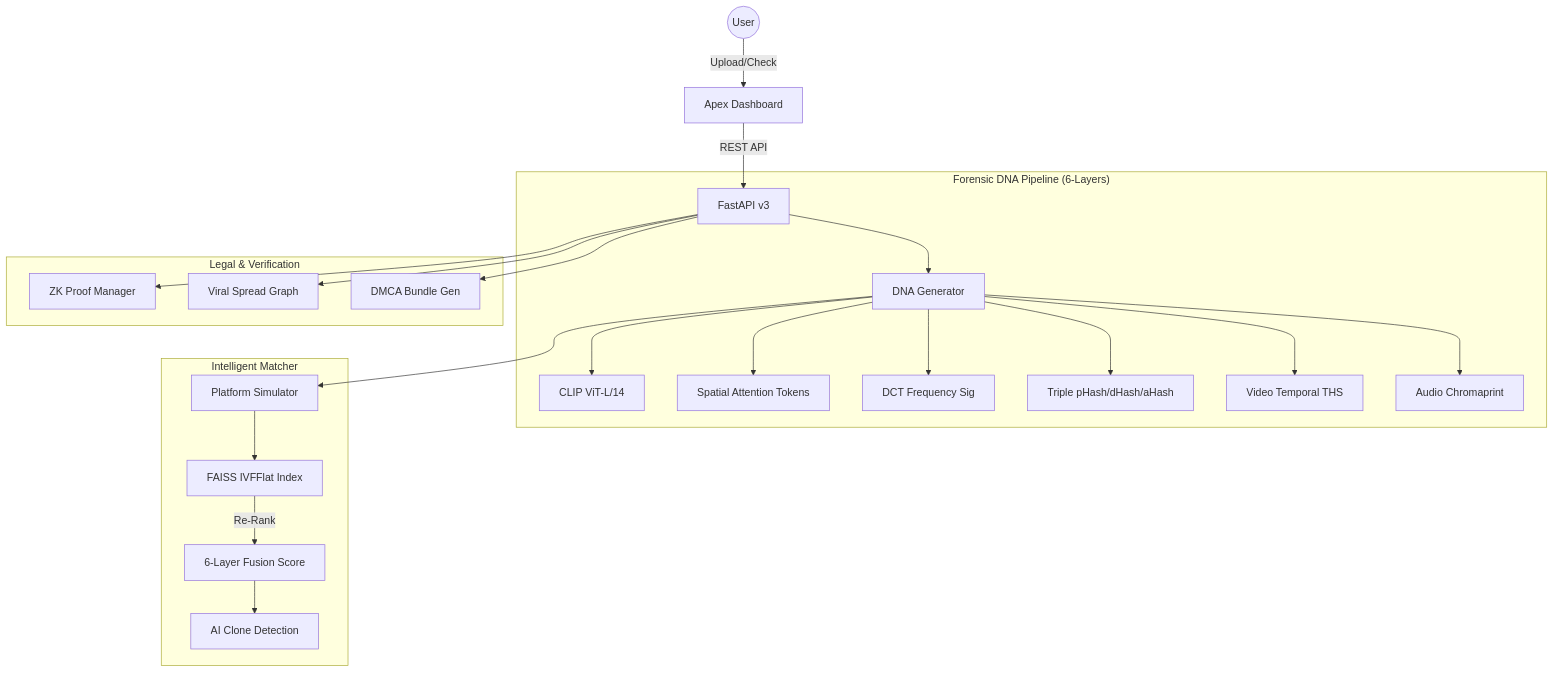
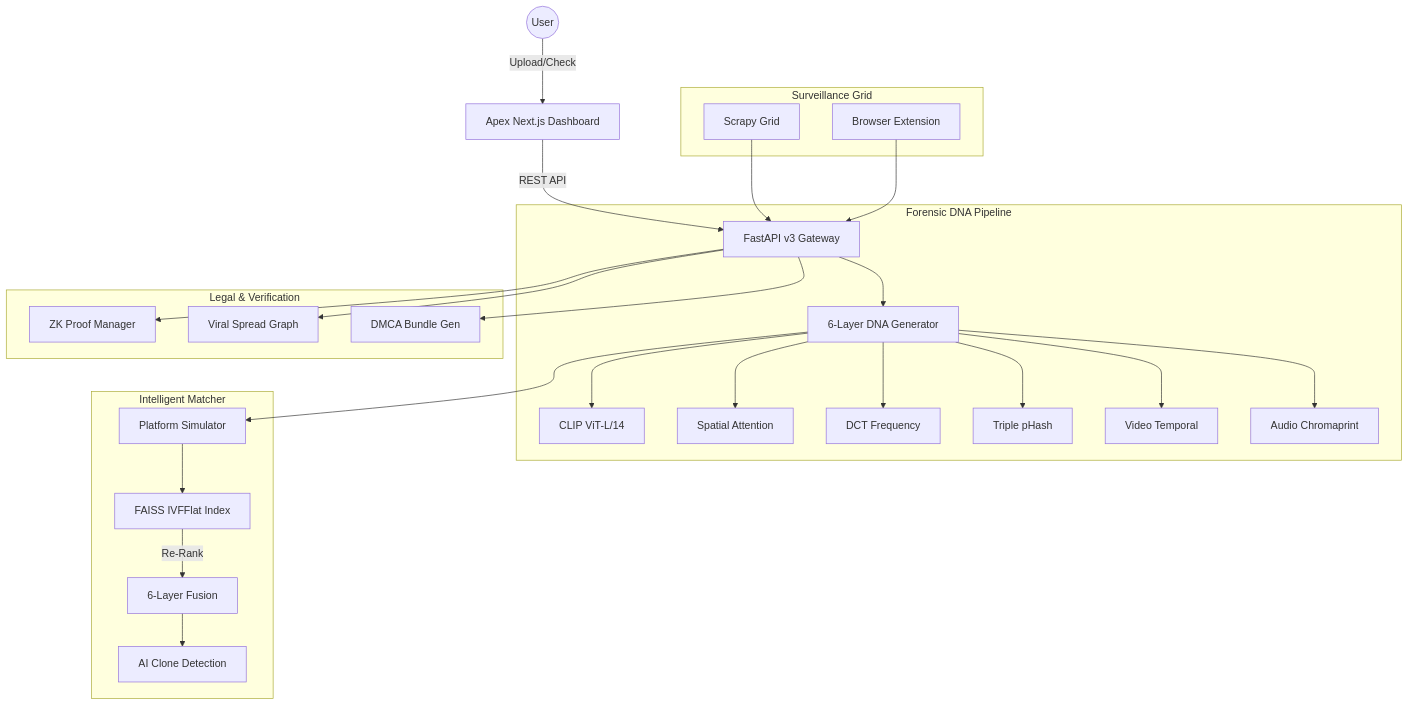
The diagram in README.md (shinchxn/Real-Time-tracking), drawn with Mermaid before and after one commit. The commit also changed other lines of this file, not shown here.

Commit message:
docs: upgrade README to Apex v3.0 standard with full component mapping

````diff
--- a/README.md
+++ b/README.md
@@ -28,28 +54,33 @@
 ```mermaid
 graph TD
-    User((User)) -->|Upload/Check| UI[Apex Dashboard]
-    UI -->|REST API| API[FastAPI v3]
+    User((User)) -->|Upload/Check| UI[Apex Next.js Dashboard]
+    UI -->|REST API| API[FastAPI v3 Gateway]
     
-    subgraph "Forensic DNA Pipeline (6-Layers)"
-        API --> DNA[DNA Generator]
+    subgraph "Forensic DNA Pipeline"
+        API --> DNA[6-Layer DNA Generator]
         DNA --> CLIP[CLIP ViT-L/14]
-        DNA --> SPATIAL[Spatial Attention Tokens]
-        DNA --> DCT[DCT Frequency Sig]
-        DNA --> PERCEPT[Triple pHash/dHash/aHash]
-        DNA --> VTHS[Video Temporal THS]
+        DNA --> SPATIAL[Spatial Attention]
+        DNA --> DCT[DCT Frequency]
+        DNA --> PERCEPT[Triple pHash]
+        DNA --> VTHS[Video Temporal]
         DNA --> AAUD[Audio Chromaprint]
+    end
+    
+    subgraph "Surveillance Grid"
+        CRAWL[Scrapy Grid] --> API
+        EXT[Browser Extension] --> API
     end
     
     subgraph "Intelligent Matcher"
         DNA --> SIM[Platform Simulator]
         SIM --> VDB[FAISS IVFFlat Index]
-        VDB -->|Re-Rank| Match[6-Layer Fusion Score]
+        VDB -->|Re-Rank| Match[6-Layer Fusion]
         Match --> AI[AI Clone Detection]
     end
     
     subgraph "Legal & Verification"
         API --> ZK[ZK Proof Manager]
         API --> Spread[Viral Spread Graph]
         API --> DMCA[DMCA Bundle Gen]
     end
 ```
````
